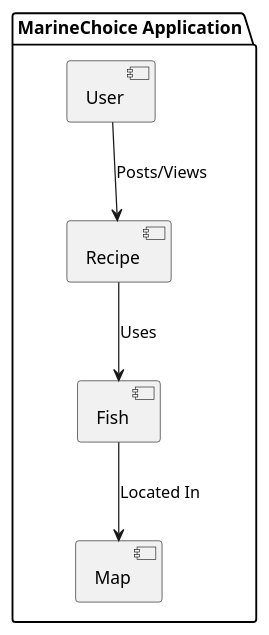
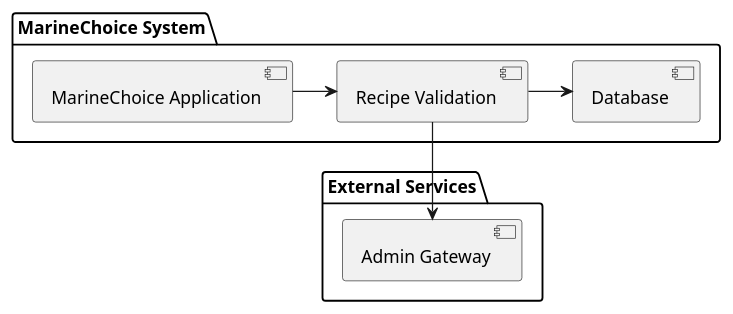
One commit to PedroLunet/MarineChoice changed the diagram in logical.puml. Above: the diagram before and after it, drawn with PlantUML. The commit also changed 1 other file, not shown here.

```diff
--- a/logical.puml
+++ b/logical.puml
@@ -1,14 +1,17 @@
 @startuml logical
 
-package "MarineChoice Application" {
-  [User]
-  [Recipe]
-  [Fish]
-  [Map]
+package "MarineChoice System" {
+  [MarineChoice Application]
+  [Recipe Validation]
+  [Database]
 }
 
-User --> Recipe : Posts/Views
-Recipe --> Fish : Uses
-Fish --> Map : Located In
+package "External Services" {
+  [Admin Gateway]
+}
+
+[MarineChoice Application] -> [Recipe Validation]
+[Recipe Validation] -> [Database]
+[Recipe Validation] --> [Admin Gateway]
 
 @enduml
```
